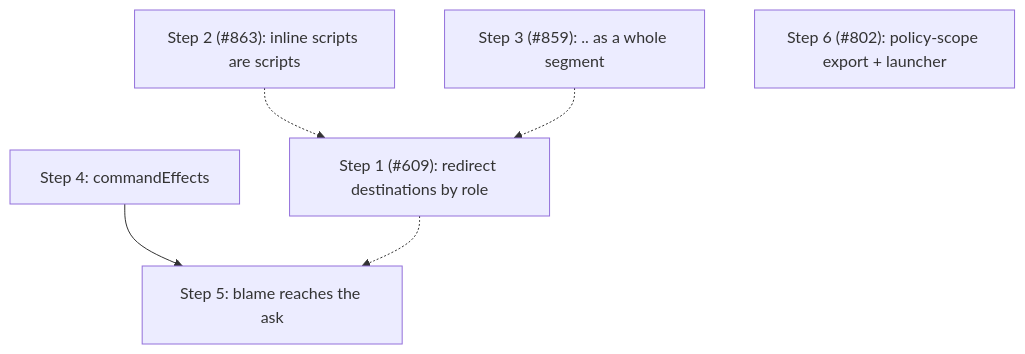
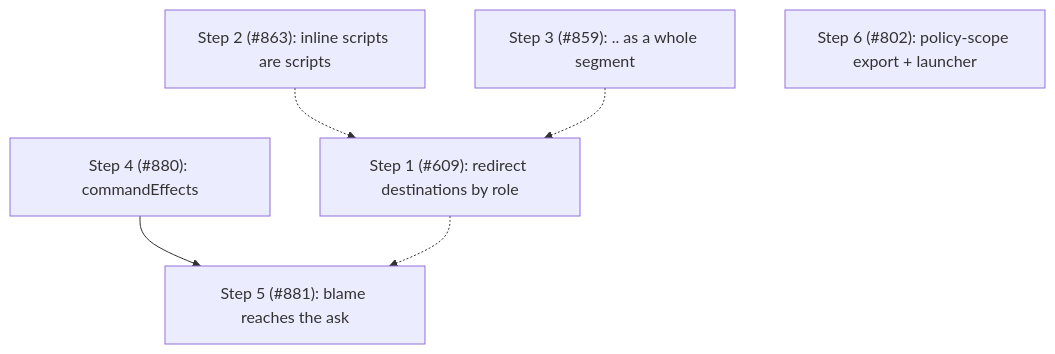
The fourth of 4 diagrams in packages/pi-permission-system/docs/architecture/architecture.md (gotgenes/pi-packages), drawn with Mermaid before and after one commit. The commit also changed other lines of this file, not shown here.

First line of the commit message:
docs(pi-permission-system): link Phase 15 roadmap steps to issues #880-#881

````diff
--- a/packages/pi-permission-system/docs/architecture/architecture.md
+++ b/packages/pi-permission-system/docs/architecture/architecture.md
@@ -1224,8 +1224,8 @@
 ```mermaid
 flowchart TD
     S2["Step 2 (#863): inline scripts are scripts"] -.-> S1["Step 1 (#609): redirect destinations by role"]
     S3["Step 3 (#859): .. as a whole segment"] -.-> S1
-    S4["Step 4: commandEffects"] --> S5["Step 5: blame reaches the ask"]
+    S4["Step 4 (#880): commandEffects"] --> S5["Step 5 (#881): blame reaches the ask"]
     S1 -.-> S5
     S6["Step 6 (#802): policy-scope export + launcher"]
 ```
````
